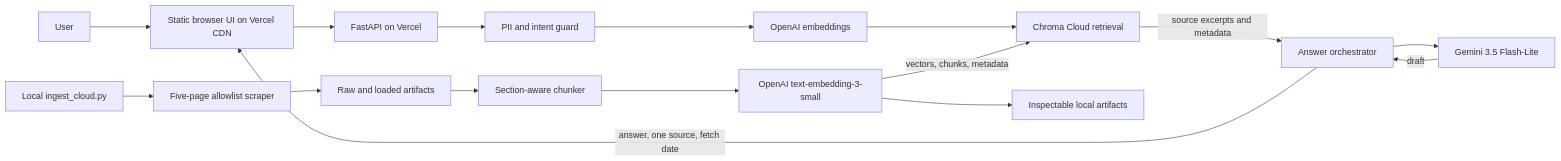
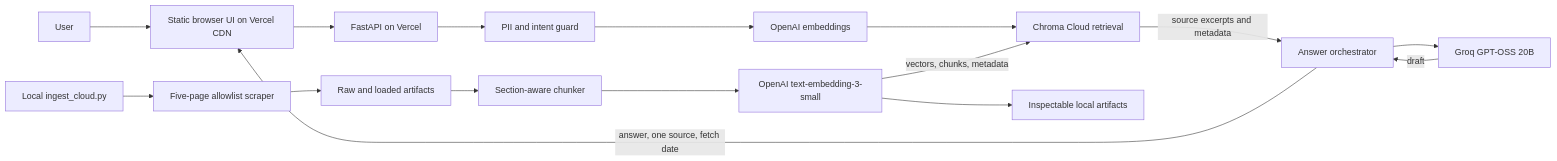
Before and after one commit to diyachokshi25-dot/Growfolio: the diagram in architecture.md, drawn with Mermaid. The commit also changed other lines of this file and 10 other files, not shown here.

Commit message:
Use Groq GPT-OSS for FAQ answers

````diff
--- a/architecture.md
+++ b/architecture.md
@@ -24,18 +24,18 @@
 ```mermaid
 flowchart LR
     U[User] --> UI[Static browser UI on Vercel CDN]
     UI --> API[FastAPI on Vercel]
     API --> Guard[PII and intent guard]
     Guard --> Embed[OpenAI embeddings]
     Embed --> Search[Chroma Cloud retrieval]
     Search -->|source excerpts and metadata| Answer[Answer orchestrator]
-    Answer --> LLM[Gemini 3.5 Flash-Lite]
+    Answer --> LLM[Groq GPT-OSS 20B]
     LLM -->|draft| Answer
     Answer -->|answer, one source, fetch date| UI
     Ingest[Local ingest_cloud.py] --> Fetch[Five-page allowlist scraper]
     Fetch --> Raw[Raw and loaded artifacts]
     Raw --> Chunk[Section-aware chunker]
     Chunk --> Embeddings[OpenAI text-embedding-3-small]
     Embeddings --> Artifacts[Inspectable local artifacts]
     Embeddings -->|vectors, chunks, metadata| Search
 ```
````
